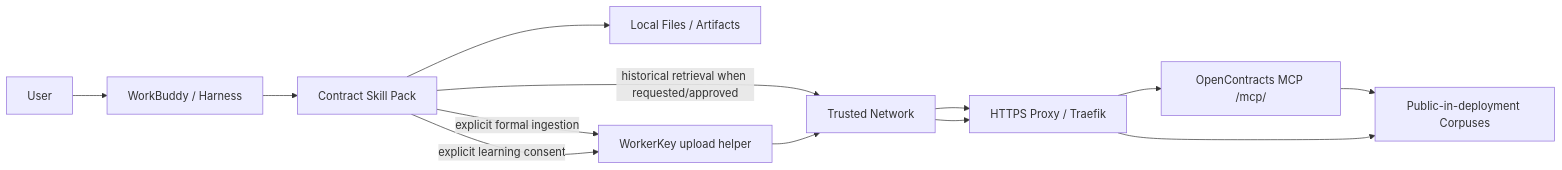
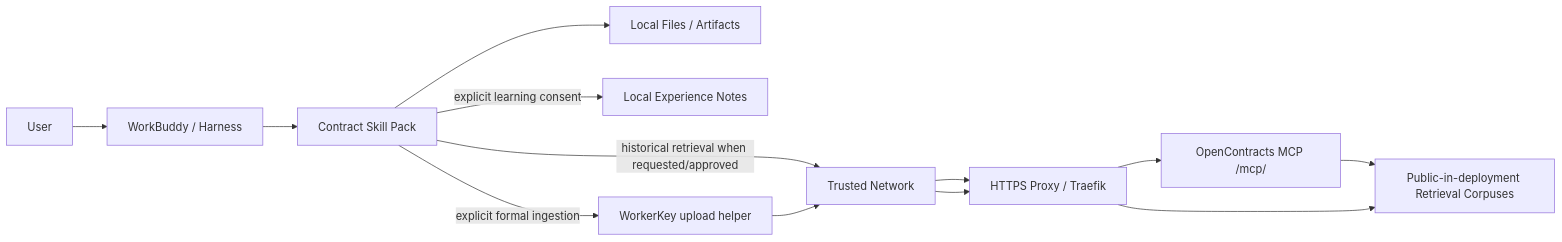
Before and after one commit to Ri0n72Y/ContractBotConfig: the diagram in docs/architecture/system-context.md, drawn with Mermaid. The commit also changed other lines of this file, not shown here.

Commit message:
docs: make experience notes local in system context

````diff
--- a/docs/architecture/system-context.md
+++ b/docs/architecture/system-context.md
@@ -11,18 +11,19 @@
 ```mermaid
 flowchart LR
     U[User]
     H[WorkBuddy / Harness]
     S[Contract Skill Pack]
     L[Local Files / Artifacts]
+    E[Local Experience Notes]
     N[Trusted Network]
     P[HTTPS Proxy / Traefik]
     M[OpenContracts MCP /mcp/]
-    R[Public-in-deployment Corpuses]
+    R[Public-in-deployment Retrieval Corpuses]
     W[WorkerKey upload helper]
 
     U --> H --> S
     S --> L
     S -->|historical retrieval when requested/approved| N --> P --> M --> R
     S -->|explicit formal ingestion| W --> N --> P --> R
-    S -->|explicit learning consent| W
+    S -->|explicit learning consent| E
 ```
````
